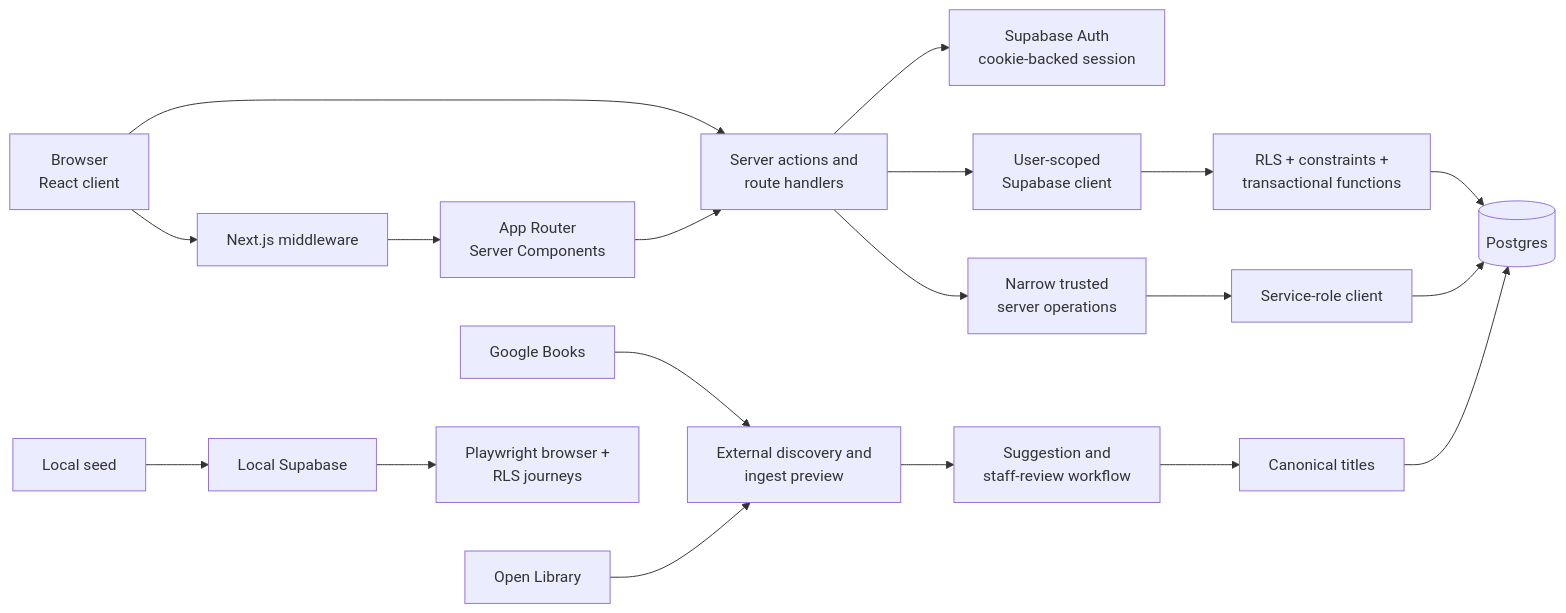
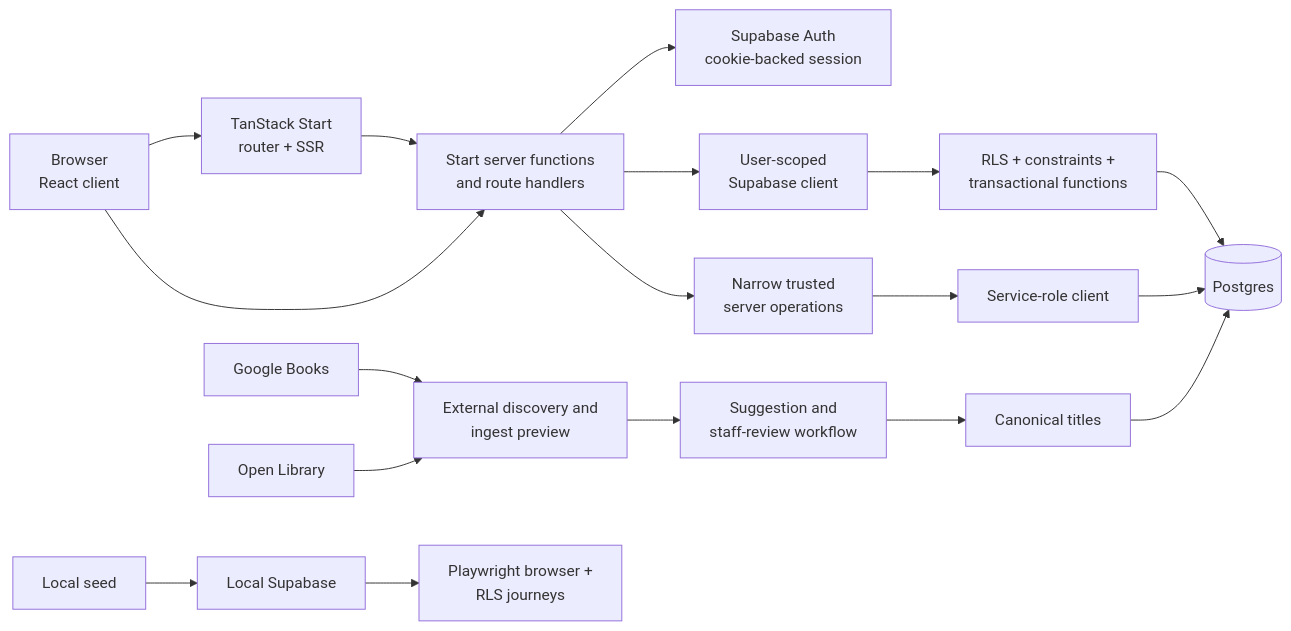
Before and after one commit to Neetko/bookworm04: the diagram in README.md, drawn with Mermaid. The commit also changed other lines of this file and 10 other files, not shown here.

First line of the commit message:
Finish TanStack Start conversion and cutover prep (#61)

````diff
--- a/README.md
+++ b/README.md
@@ -44,25 +44,24 @@
 ```mermaid
 flowchart LR
-  Browser[Browser<br/>React client] --> Middleware[Next.js middleware]
-  Middleware --> App[App Router<br/>Server Components]
-  Browser --> Actions[Server actions and<br/>route handlers]
-  App --> Actions
+  Browser[Browser<br/>React client] --> Start[TanStack Start<br/>router + SSR]
+  Start --> Server[Start server functions<br/>and route handlers]
+  Browser --> Server
 
-  Actions --> Auth[Supabase Auth<br/>cookie-backed session]
-  Actions --> UserClient[User-scoped<br/>Supabase client]
+  Server --> Auth[Supabase Auth<br/>cookie-backed session]
+  Server --> UserClient[User-scoped<br/>Supabase client]
   UserClient --> Security[RLS + constraints +<br/>transactional functions]
   Security --> Postgres[(Postgres)]
 
-  Actions --> Trusted[Narrow trusted<br/>server operations]
+  Server --> Trusted[Narrow trusted<br/>server operations]
   Trusted --> ServiceRole[Service-role client]
   ServiceRole --> Postgres
 
   Google[Google Books] --> Discovery[External discovery and<br/>ingest preview]
   OpenLibrary[Open Library] --> Discovery
   Discovery --> Review[Suggestion and<br/>staff-review workflow]
   Review --> Titles[Canonical titles]
   Titles --> Postgres
 
   Seed[Local seed] --> LocalDB[Local Supabase]
   LocalDB --> Journeys[Playwright browser +<br/>RLS journeys]
 ```
````
